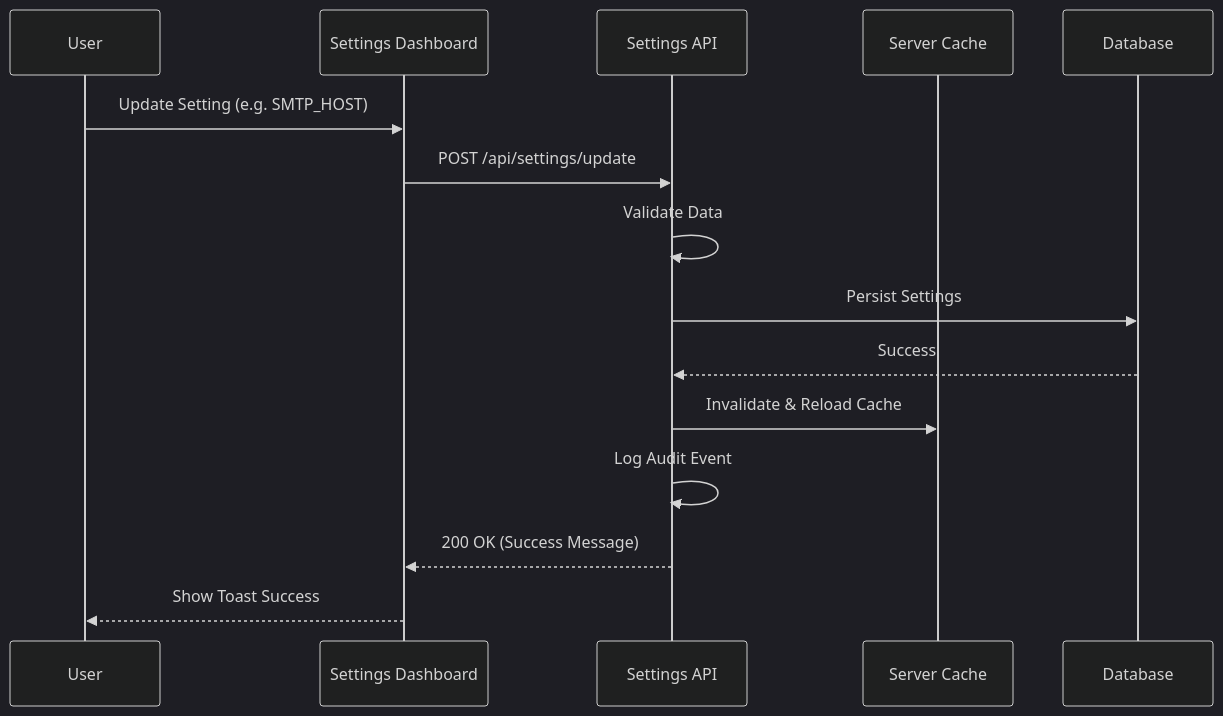
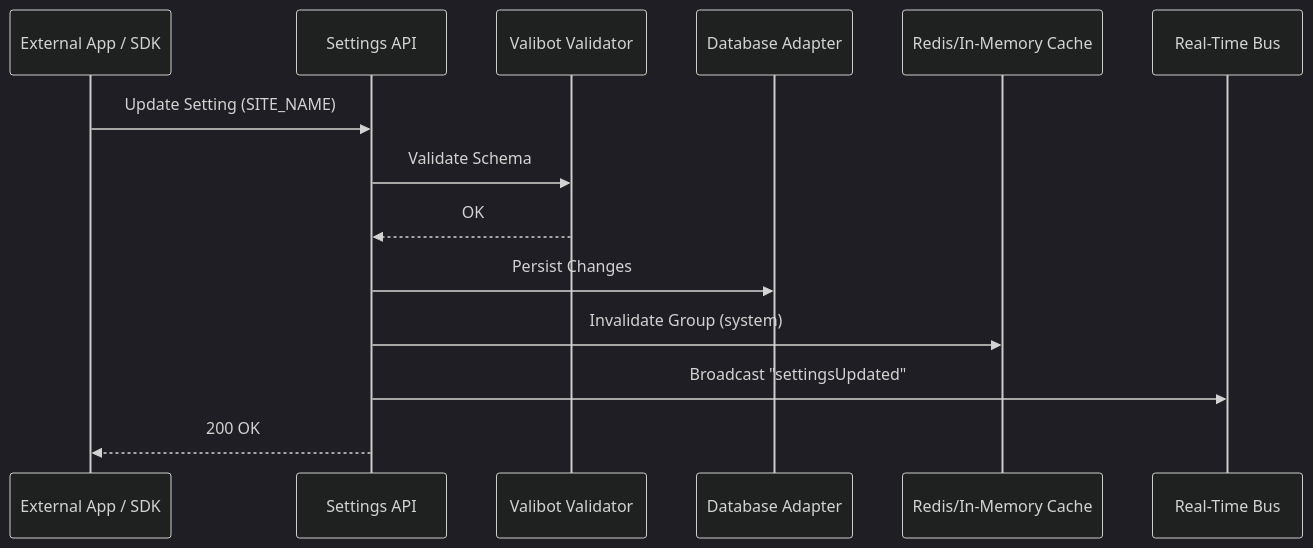
One commit to TamoorArif/SveltyCMS changed the diagram in docs/api/settings-api.mdx. Above: the diagram before and after it, drawn with Mermaid (dark theme). The commit also changed other lines of this file and 66 other files, not shown here.

````diff
--- a/docs/api/settings-api.mdx
+++ b/docs/api/settings-api.mdx
@@ -24,18 +69,17 @@
 ```mermaid
 sequenceDiagram
-    participant User
-    participant UI as Settings Dashboard
+    participant App as External App / SDK
     participant API as Settings API
-    participant Cache as Server Cache
-    participant DB as Database
-
-    User->>UI: Update Setting (e.g. SMTP_HOST)
-    UI->>API: POST /api/settings/update
-    API->>API: Validate Data
-    API->>DB: Persist Settings
-    DB-->>API: Success
-    API->>Cache: Invalidate & Reload Cache
-    API->>API: Log Audit Event
-    API-->>UI: 200 OK (Success Message)
-    UI-->>User: Show Toast Success
+    participant Val as Valibot Validator
+    participant DB as Database Adapter
+    participant Cache as Redis/In-Memory Cache
+    participant SSE as Real-Time Bus
+    
+    App->>API: Update Setting (SITE_NAME)
+    API->>Val: Validate Schema
+    Val-->>API: OK
+    API->>DB: Persist Changes
+    API->>Cache: Invalidate Group (system)
+    API->>SSE: Broadcast "settingsUpdated"
+    API-->>App: 200 OK
 ```
````
